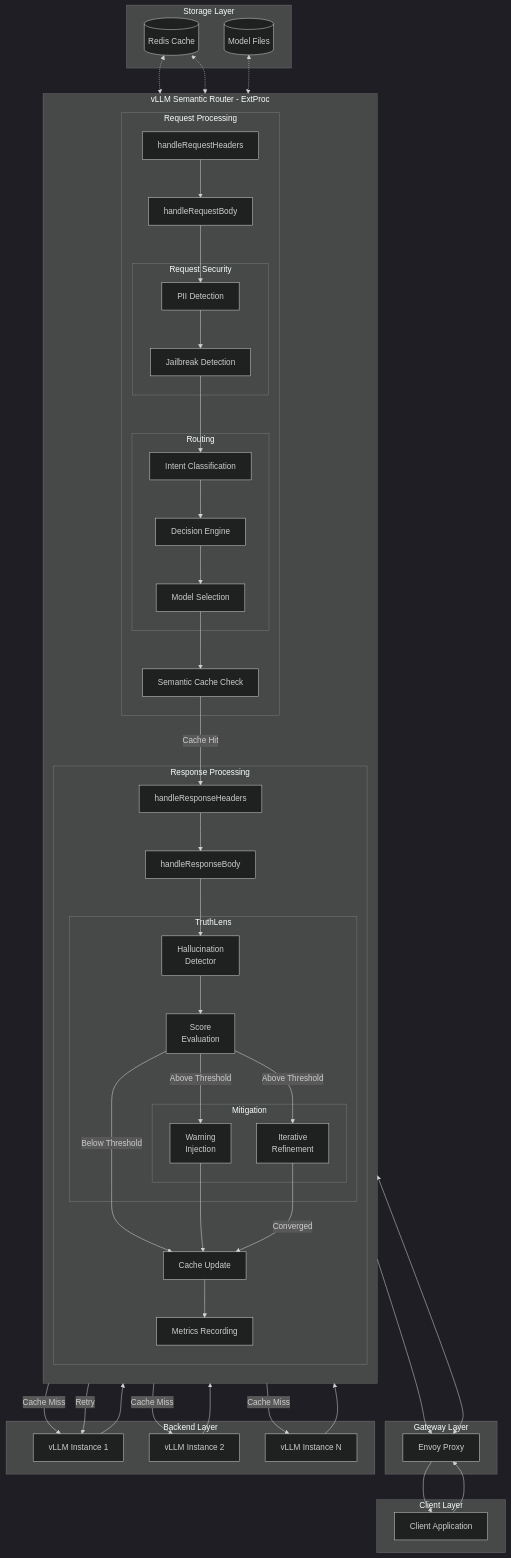
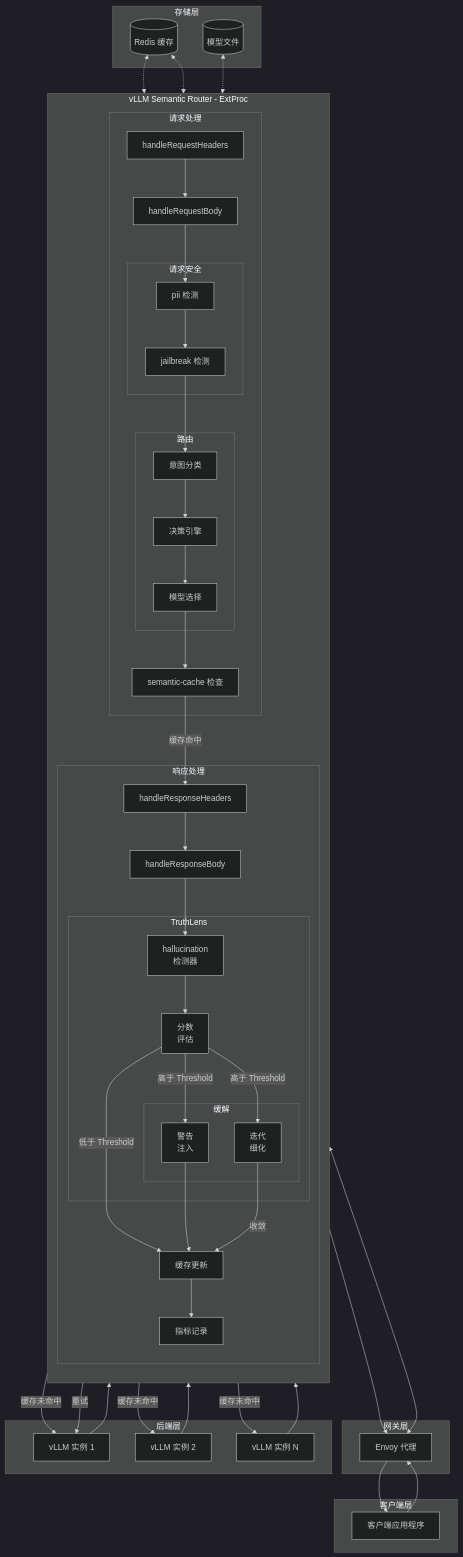
One commit to vllm-project/semantic-router changed the seventh of 7 diagrams in website/i18n/zh-Hans/docusaurus-plugin-content-docs/version-v0.1/proposals/hallucination-mitigation-milestone.md. Above: the diagram before and after it, drawn with Mermaid (dark theme). The commit also changed other lines of this file and 7 other files, not shown here.

````diff
--- a/website/i18n/zh-Hans/docusaurus-plugin-content-docs/version-v0.1/proposals/hallucination-mitigation-milestone.md
+++ b/website/i18n/zh-Hans/docusaurus-plugin-content-docs/version-v0.1/proposals/hallucination-mitigation-milestone.md
@@ -1267,62 +782,62 @@
 ```mermaid
 flowchart TB
-    subgraph "Client Layer"
-        CLIENT[Client Application]
+    subgraph "客户端层"
+        CLIENT[客户端应用程序]
     end
 
-    subgraph "Gateway Layer"
-        ENVOY[Envoy Proxy]
+    subgraph "网关层"
+        ENVOY[Envoy 代理]
     end
 
     subgraph "vLLM Semantic Router - ExtProc"
         direction TB
 
-        subgraph "Request Processing"
+        subgraph "请求处理"
             REQ_H[handleRequestHeaders]
             REQ_B[handleRequestBody]
 
-            subgraph "Request Security"
-                PII_REQ[PII Detection]
-                JAIL[Jailbreak Detection]
+            subgraph "请求安全"
+                PII_REQ[pii 检测]
+                JAIL[jailbreak 检测]
             end
 
-            subgraph "Routing"
-                CLASS[Intent Classification]
-                DECISION[Decision Engine]
-                MODEL_SEL[Model Selection]
+            subgraph "路由"
+                CLASS[意图分类]
+                DECISION[决策引擎]
+                MODEL_SEL[模型选择]
             end
 
-            CACHE_CHK[Semantic Cache Check]
+            CACHE_CHK[semantic-cache 检查]
         end
 
-        subgraph "Response Processing"
+        subgraph "响应处理"
             RES_H[handleResponseHeaders]
             RES_B[handleResponseBody]
 
             subgraph "TruthLens"
-                DETECT[Hallucination<br/>Detector]
-                SCORE[Score<br/>Evaluation]
+                DETECT[hallucination<br/>检测器]
+                SCORE[分数<br/>评估]
 
-                subgraph "Mitigation"
-                    WARN[Warning<br/>Injection]
-                    REFINE[Iterative<br/>Refinement]
+                subgraph "缓解"
+                    WARN[警告<br/>注入]
+                    REFINE[迭代<br/>细化]
                 end
             end
 
-            CACHE_UPD[Cache Update]
-            METRICS[Metrics Recording]
+            CACHE_UPD[缓存更新]
+            METRICS[指标记录]
         end
     end
 
-    subgraph "Backend Layer"
-        VLLM1[vLLM Instance 1]
-        VLLM2[vLLM Instance 2]
-        VLLMn[vLLM Instance N]
+    subgraph "后端层"
+        VLLM1[vLLM 实例 1]
+        VLLM2[vLLM 实例 2]
+        VLLMn[vLLM 实例 N]
     end
 
-    subgraph "Storage Layer"
-        REDIS[(Redis Cache)]
-        MODELS[(Model Files)]
+    subgraph "存储层"
+        REDIS[(Redis 缓存)]
+        MODELS[(模型文件)]
     end
 
     CLIENT --> ENVOY
@@ -1335,10 +850,10 @@
     DECISION --> MODEL_SEL
     MODEL_SEL --> CACHE_CHK
 
-    CACHE_CHK -->|Cache Hit| RES_H
-    CACHE_CHK -->|Cache Miss| VLLM1
-    CACHE_CHK -->|Cache Miss| VLLM2
-    CACHE_CHK -->|Cache Miss| VLLMn
+    CACHE_CHK -->|缓存命中| RES_H
+    CACHE_CHK -->|缓存未命中| VLLM1
+    CACHE_CHK -->|缓存未命中| VLLM2
+    CACHE_CHK -->|缓存未命中| VLLMn
 
     VLLM1 --> RES_H
     VLLM2 --> RES_H
@@ -1348,13 +863,13 @@
     RES_B --> DETECT
     DETECT --> SCORE
 
-    SCORE -->|Below Threshold| CACHE_UPD
-    SCORE -->|Above Threshold| WARN
-    SCORE -->|Above Threshold| REFINE
+    SCORE -->|低于 Threshold| CACHE_UPD
+    SCORE -->|高于 Threshold| WARN
+    SCORE -->|高于 Threshold| REFINE
 
     WARN --> CACHE_UPD
-    REFINE -->|Retry| VLLM1
-    REFINE -->|Converged| CACHE_UPD
+    REFINE -->|重试| VLLM1
+    REFINE -->|收敛| CACHE_UPD
 
     CACHE_UPD --> METRICS
     METRICS --> ENVOY
````
